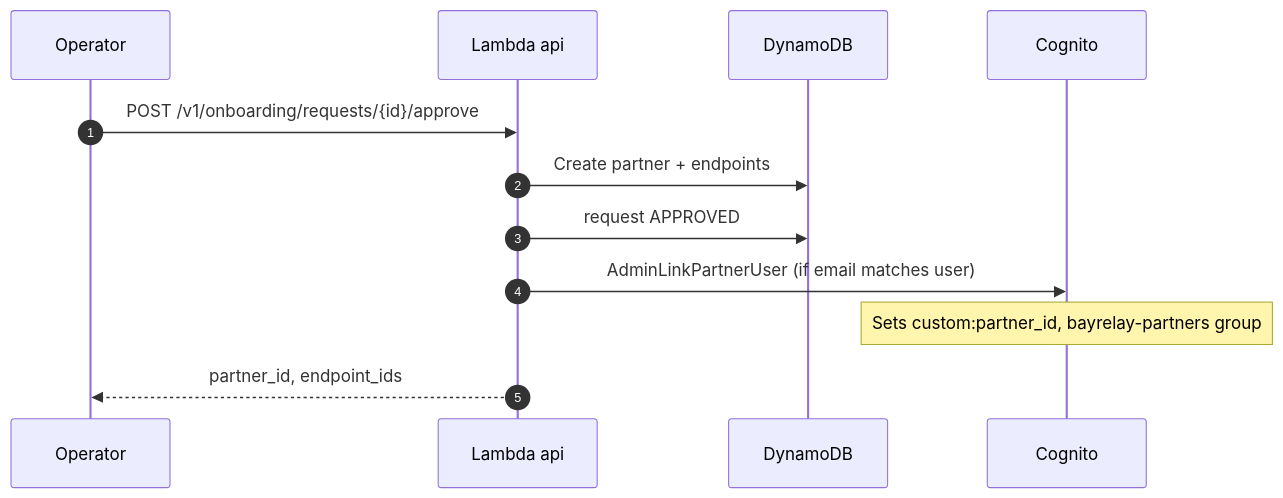
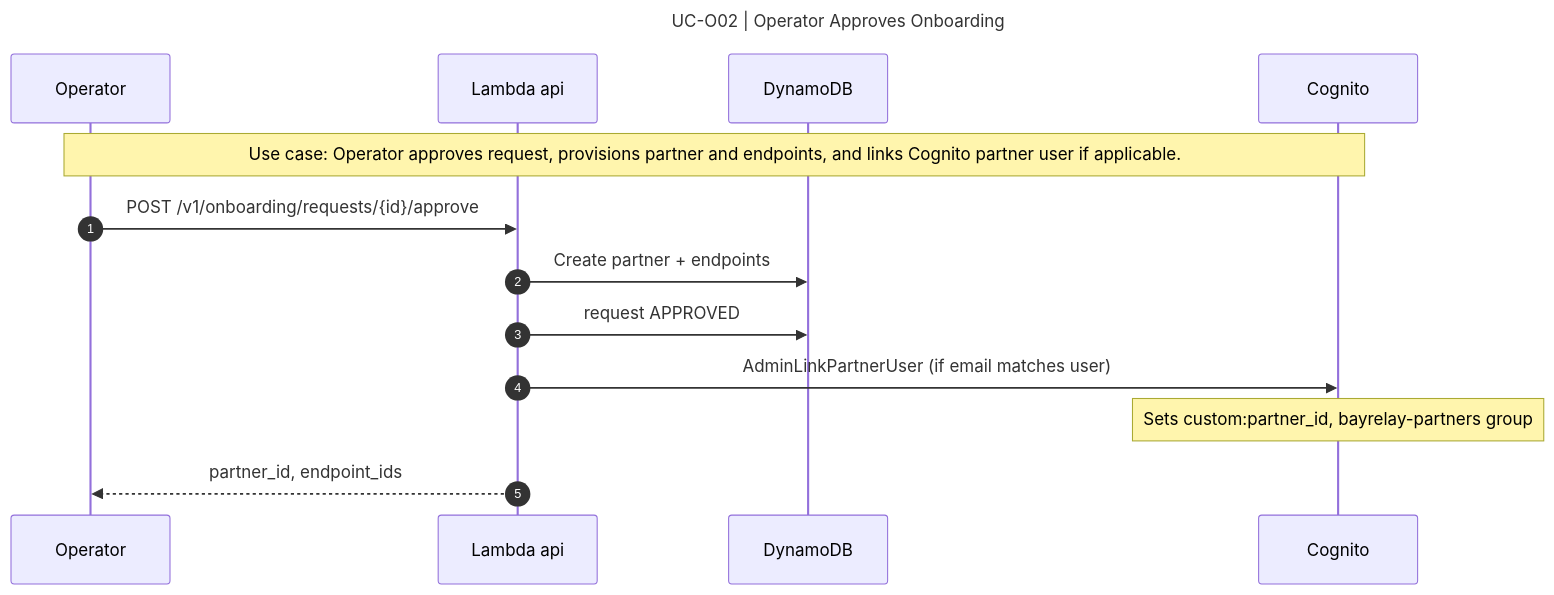
One commit to bayareala8s/BayRelayAI changed the diagram in docs/sequence-diagrams/mmd/UC-O02.mmd. Above: the diagram before and after it, drawn with Mermaid. The commit also changed 68 other files, not shown here.

First line of the commit message:
Add title and use-case labels to all sequence diagrams.

```diff
--- a/docs/sequence-diagrams/mmd/UC-O02.mmd
+++ b/docs/sequence-diagrams/mmd/UC-O02.mmd
@@ -1,13 +1,17 @@
+---
+title: UC-O02 | Operator Approves Onboarding
+---
 sequenceDiagram
   autonumber
   participant Op as Operator
   participant API as Lambda api
   participant DDB as DynamoDB
   participant Cognito as Cognito
+  Note over Op,Cognito: Use case: Operator approves request, provisions partner and endpoints, and links Cognito partner user if applicable.
 
   Op->>API: POST /v1/onboarding/requests/{id}/approve
   API->>DDB: Create partner + endpoints
   API->>DDB: request APPROVED
   API->>Cognito: AdminLinkPartnerUser (if email matches user)
   Note over Cognito: Sets custom:partner_id, bayrelay-partners group
   API-->>Op: partner_id, endpoint_ids
```
